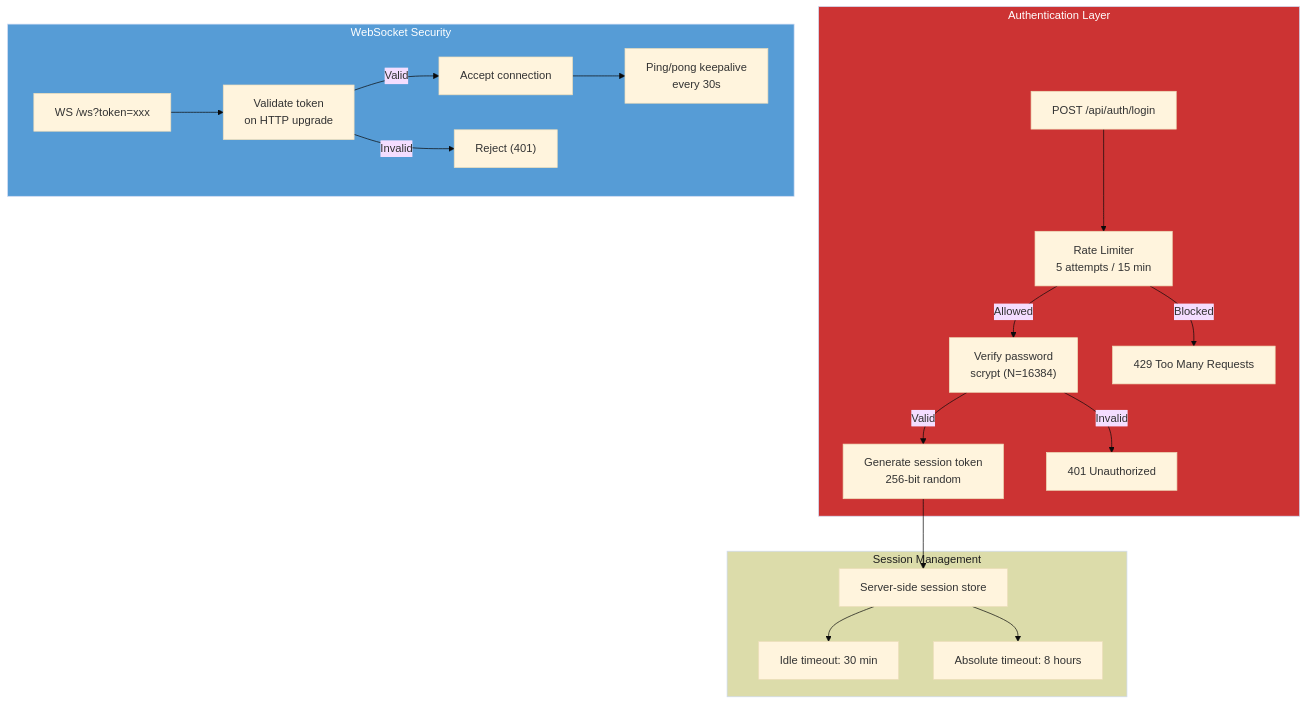
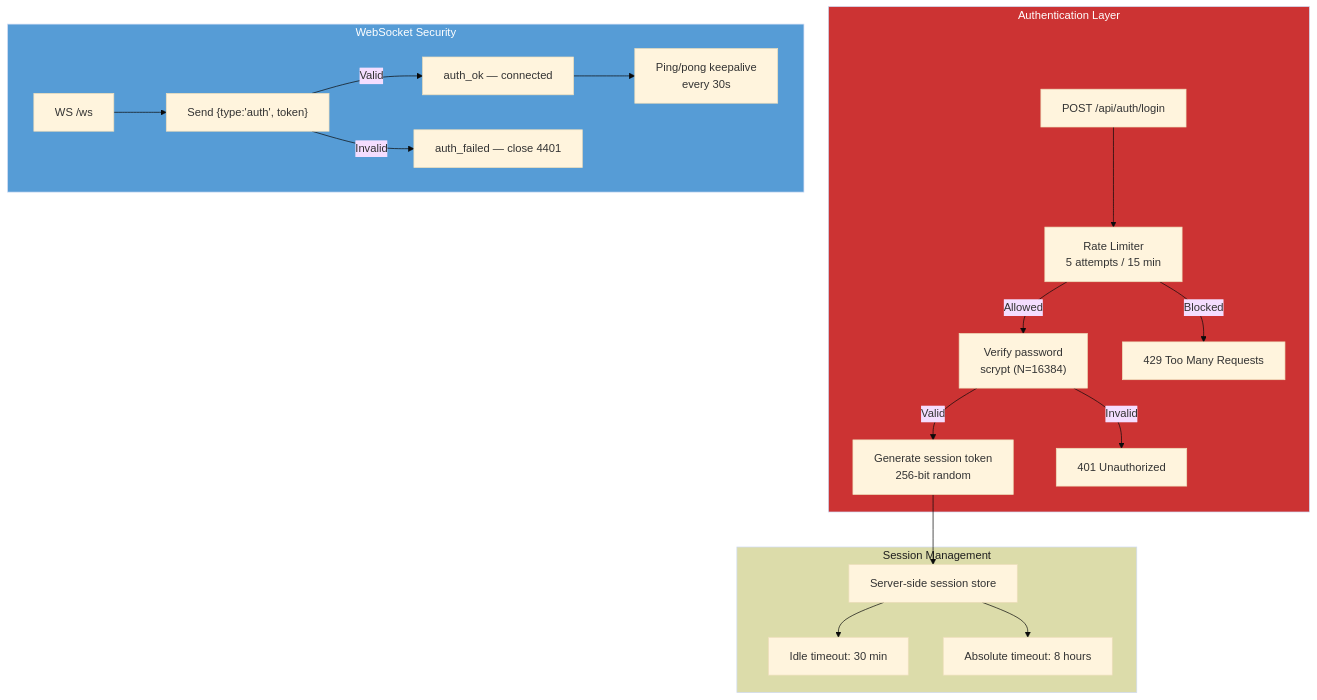
One commit to Abhishekreddy31/TermPilot changed the sixth of 6 diagrams in README.md. Above: the diagram before and after it, drawn with Mermaid (base theme). The commit also changed other lines of this file and 7 other files, not shown here.

First line of the commit message:
feat: wire Zod schemas, enforce idle timeout, add PWA icons, fix README

````diff
--- a/README.md
+++ b/README.md
@@ -257,27 +259,27 @@
 ```mermaid
 flowchart TB
     subgraph Auth["Authentication Layer"]
         Login["POST /api/auth/login"] --> Rate["Rate Limiter<br/>5 attempts / 15 min"]
         Rate -->|Allowed| Verify["Verify password<br/>scrypt (N=16384)"]
         Rate -->|Blocked| Reject["429 Too Many Requests"]
         Verify -->|Valid| Token["Generate session token<br/>256-bit random"]
         Verify -->|Invalid| Deny["401 Unauthorized"]
     end
 
     subgraph Session["Session Management"]
         Token --> Store["Server-side session store"]
         Store --> Idle["Idle timeout: 30 min"]
         Store --> Absolute["Absolute timeout: 8 hours"]
     end
 
     subgraph WS["WebSocket Security"]
-        Connect["WS /ws?token=xxx"] --> ValidateToken["Validate token<br/>on HTTP upgrade"]
-        ValidateToken -->|Valid| Accept["Accept connection"]
-        ValidateToken -->|Invalid| Close["Reject (401)"]
+        Connect["WS /ws"] --> AuthMsg["Send {type:'auth', token}"]
+        AuthMsg -->|Valid| Accept["auth_ok — connected"]
+        AuthMsg -->|Invalid| Close["auth_failed — close 4401"]
         Accept --> Ping["Ping/pong keepalive<br/>every 30s"]
     end
 
     style Auth fill:#cc3333,color:#fff
     style Session fill:#dcdcaa,color:#1e1e1e
     style WS fill:#569cd6,color:#fff
 ```
````
